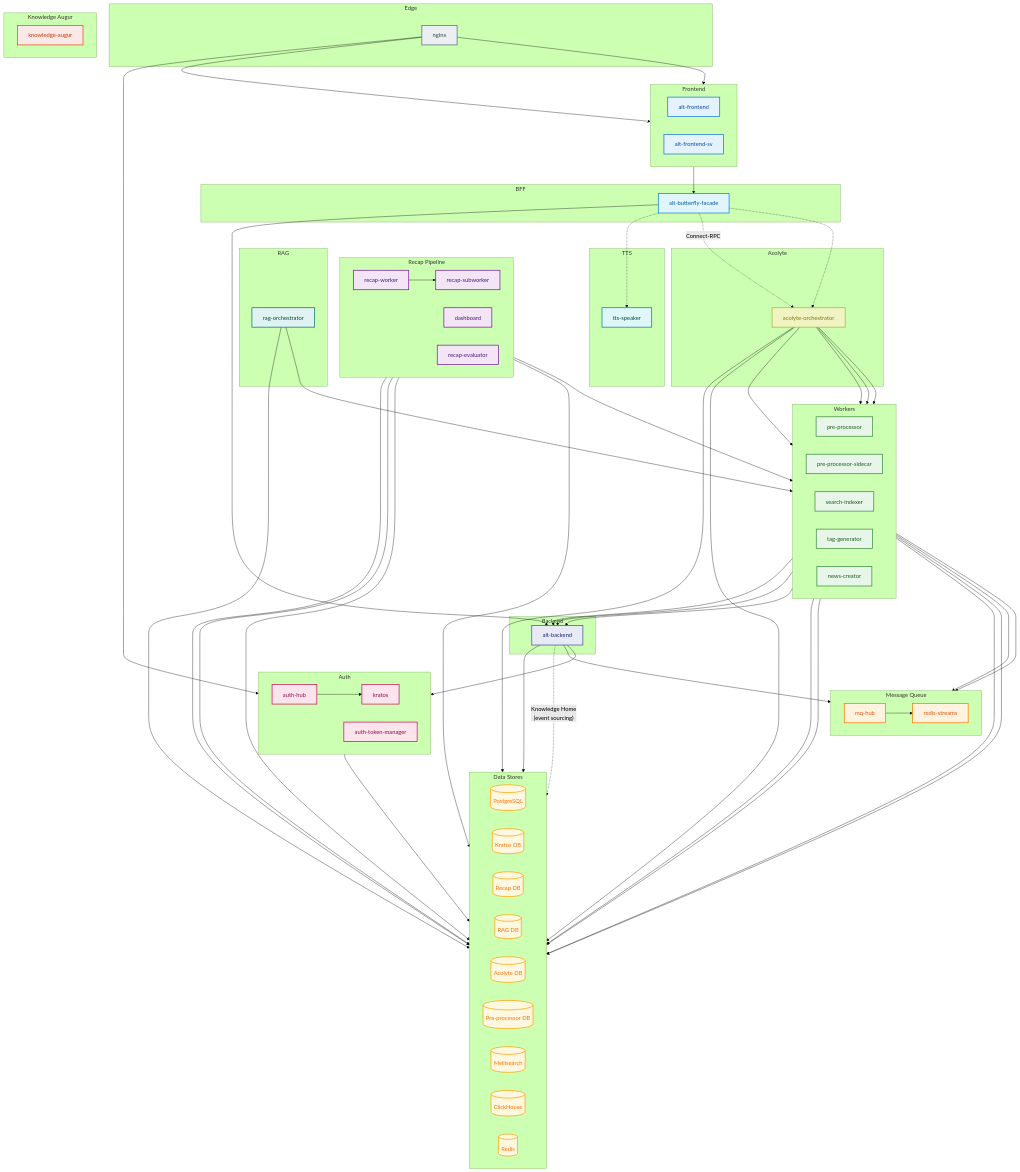
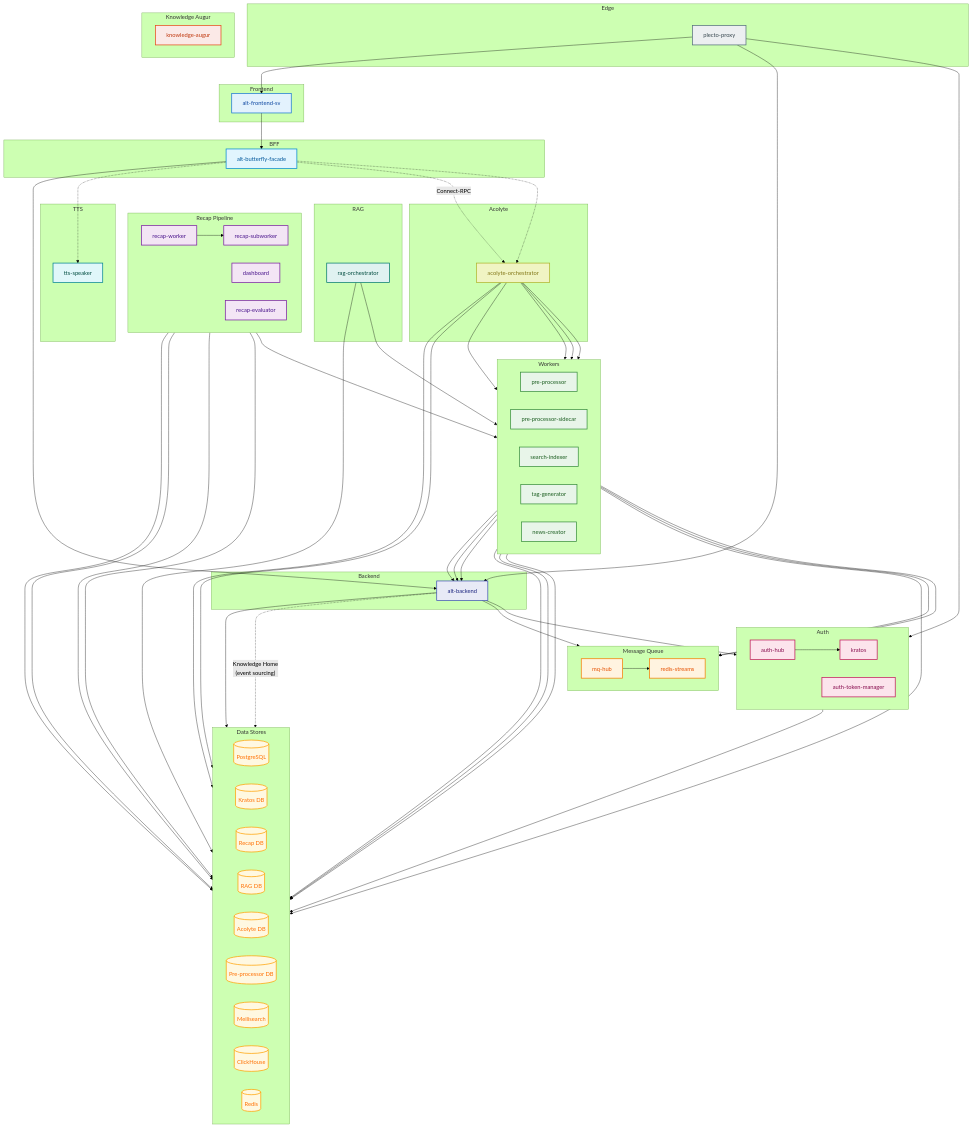
The diagram in docs/services/MICROSERVICES.md (Kaikei-e/Alt), drawn with Mermaid (forest theme) before and after one commit. The commit also changed other lines of this file and 2 other files, not shown here.

````diff
--- a/docs/services/MICROSERVICES.md
+++ b/docs/services/MICROSERVICES.md
@@ -132,12 +142,10 @@
 ```mermaid
 flowchart TB
     subgraph Edge["Edge"]
-        nginx
+        plecto-proxy
     end
 
     subgraph Frontend["Frontend"]
-        direction LR
-        alt-frontend
         alt-frontend-sv
     end
 
@@ -209,8 +217,8 @@
         redis-cache[(Redis)]
     end
 
-    %% Request flow
-    nginx --> alt-frontend & alt-frontend-sv & auth-hub
+    %% Request flow (plecto upstreams: alt-frontend-sv, alt-backend, kratos, dashboard)
+    plecto-proxy --> alt-frontend-sv & alt-backend & kratos
     alt-frontend-sv --> alt-butterfly-facade --> alt-backend
     alt-backend --> db & mq-hub & auth-hub
     alt-backend -.->|"Knowledge Home\n(event sourcing)"| db
@@ -243,10 +251,9 @@
     acolyte-orchestrator --> acolyte-db & search-indexer & news-creator
 
     %% Styling - Edge (gray)
-    style nginx fill:#eceff1,stroke:#546e7a,color:#37474f,stroke-width:2px
+    style plecto-proxy fill:#eceff1,stroke:#546e7a,color:#37474f,stroke-width:2px
 
     %% Styling - Frontend (blue)
-    style alt-frontend fill:#e3f2fd,stroke:#1976d2,color:#0d47a1,stroke-width:2px
     style alt-frontend-sv fill:#e3f2fd,stroke:#1976d2,color:#0d47a1,stroke-width:2px
 
     %% Styling - BFF (light blue)
````
